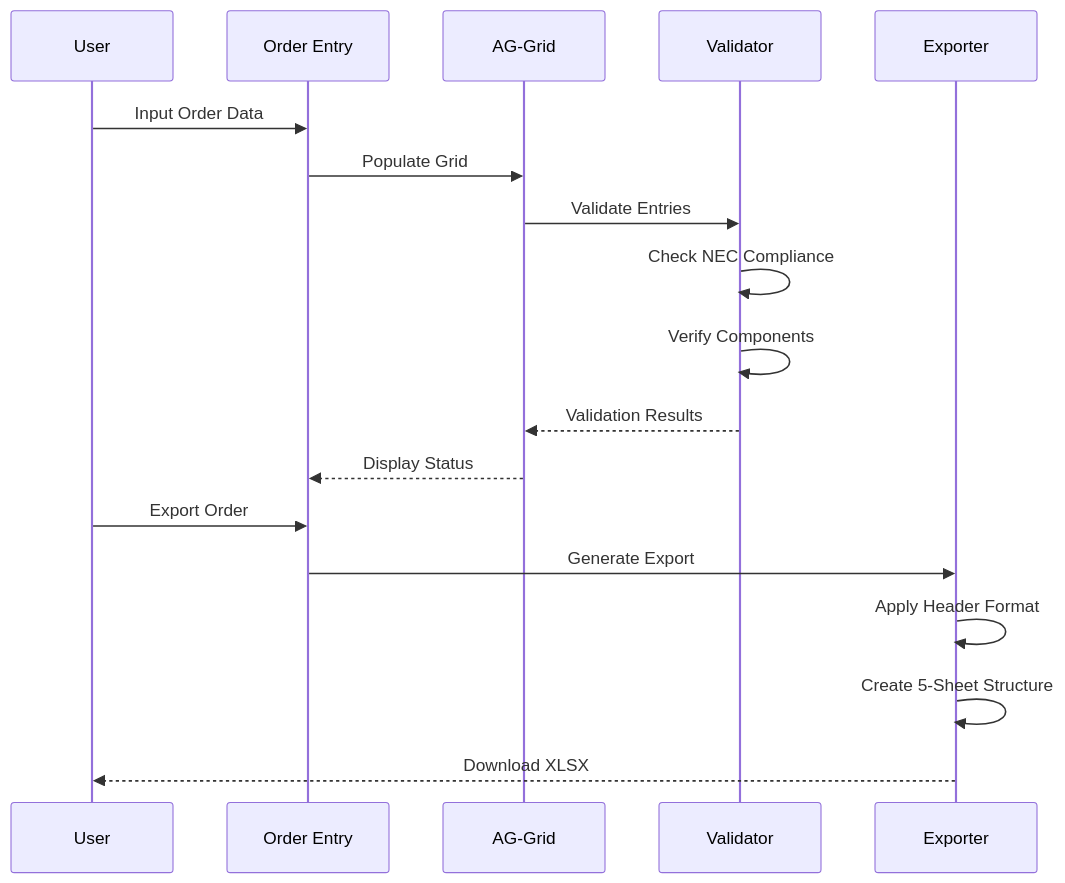
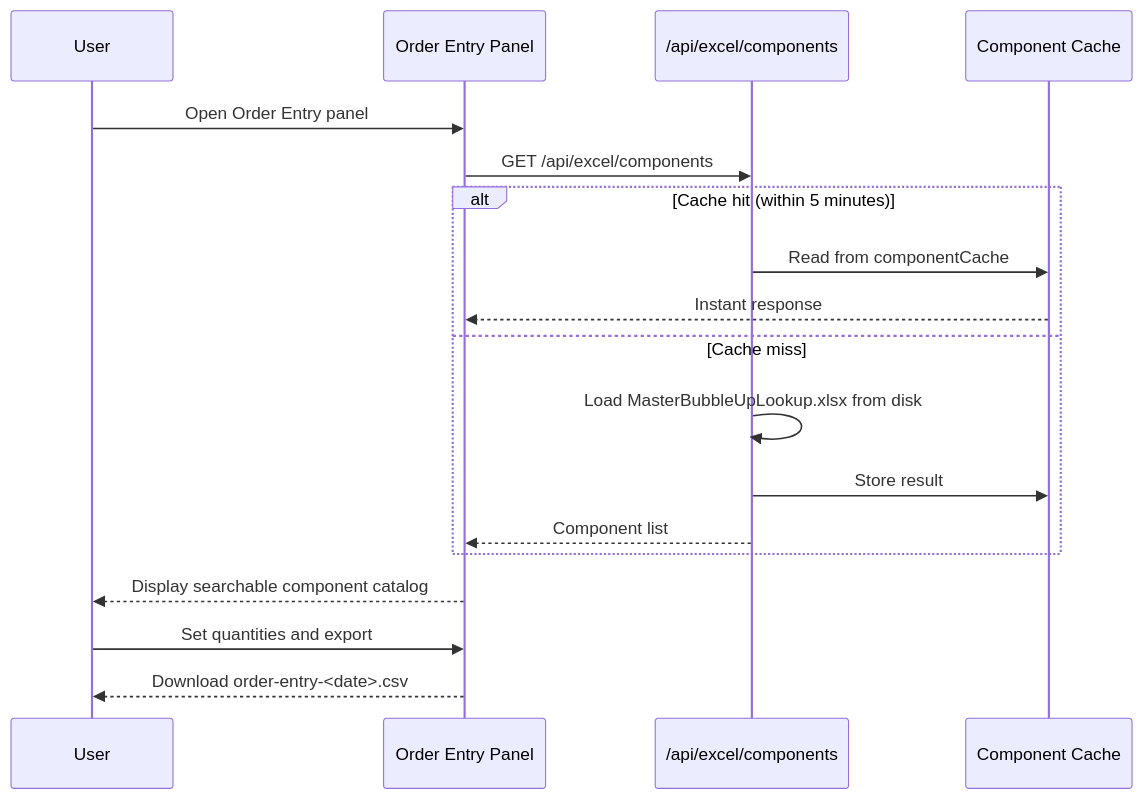
One commit to CSchotborgh/PowerWhipConfig changed the fourth of 6 diagrams in README.md. Above: the diagram before and after it, drawn with Mermaid. The commit also changed other lines of this file and 1 other file, not shown here.

````diff
--- a/README.md
+++ b/README.md
@@ -409,21 +297,21 @@
 ```mermaid
 sequenceDiagram
     participant U as User
-    participant OE as Order Entry
-    participant AG as AG-Grid
-    participant Val as Validator
-    participant Ex as Exporter
-    
-    U->>OE: Input Order Data
-    OE->>AG: Populate Grid
-    AG->>Val: Validate Entries
-    Val->>Val: Check NEC Compliance
-    Val->>Val: Verify Components
-    Val-->>AG: Validation Results
-    AG-->>OE: Display Status
-    U->>OE: Export Order
-    OE->>Ex: Generate Export
-    Ex->>Ex: Apply Header Format
-    Ex->>Ex: Create 5-Sheet Structure
-    Ex-->>U: Download XLSX
+    participant OE as Order Entry Panel
+    participant API as /api/excel/components
+    participant Cache as Component Cache
+
+    U->>OE: Open Order Entry panel
+    OE->>API: GET /api/excel/components
+    alt Cache hit (within 5 minutes)
+        API->>Cache: Read from componentCache
+        Cache-->>OE: Instant response
+    else Cache miss
+        API->>API: Load MasterBubbleUpLookup.xlsx from disk
+        API->>Cache: Store result
+        API-->>OE: Component list
+    end
+    OE-->>U: Display searchable component catalog
+    U->>OE: Set quantities and export
+    OE-->>U: Download order-entry-<date>.csv
 ```
````
